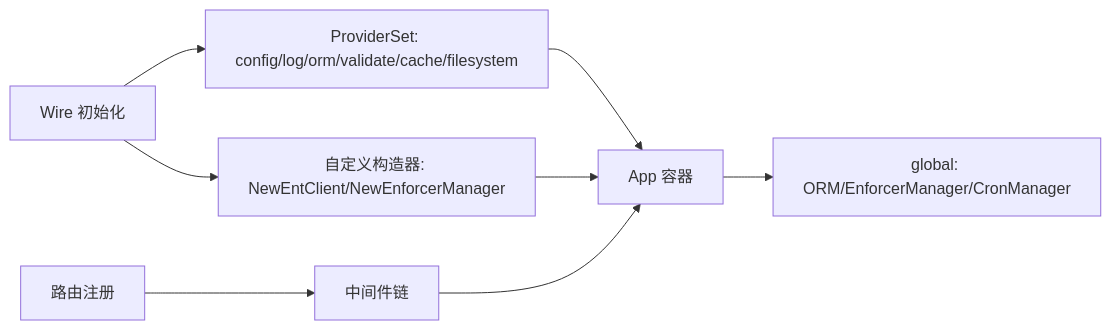
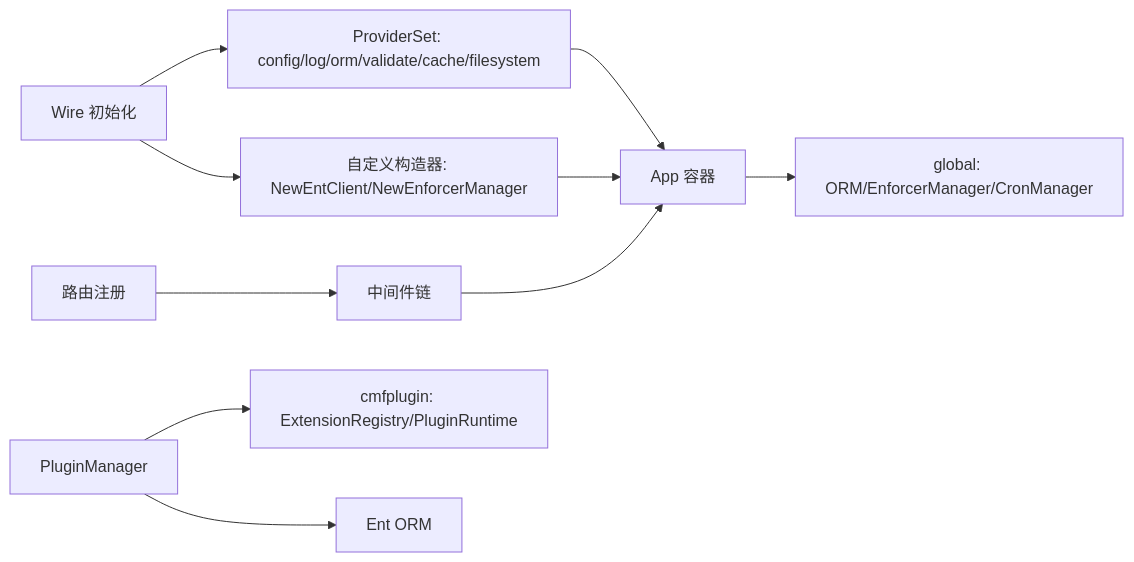
Before and after one commit to wuwuseo/e-sports-go-admin: the ninth of 9 diagrams in .qoder/repowiki/zh/content/扩展开发/扩展开发.md, drawn with Mermaid. The commit also changed other lines of this file and 42 other files, not shown here.

````diff
--- a/.qoder/repowiki/zh/content/扩展开发/扩展开发.md
+++ b/.qoder/repowiki/zh/content/扩展开发/扩展开发.md
@@ -309,10 +456,12 @@
 ```mermaid
 graph LR
 W["Wire 初始化"] --> P1["ProviderSet: config/log/orm/validate/cache/filesystem"]
 W --> P2["自定义构造器: NewEntClient/NewEnforcerManager"]
 P1 --> A["App 容器"]
 P2 --> A
 A --> G["global: ORM/EnforcerManager/CronManager"]
 R["路由注册"] --> M["中间件链"]
 M --> A
+P3["PluginManager"] --> CMF["cmfplugin: ExtensionRegistry/PluginRuntime"]
+P3 --> E["Ent ORM"]
 ```
````
